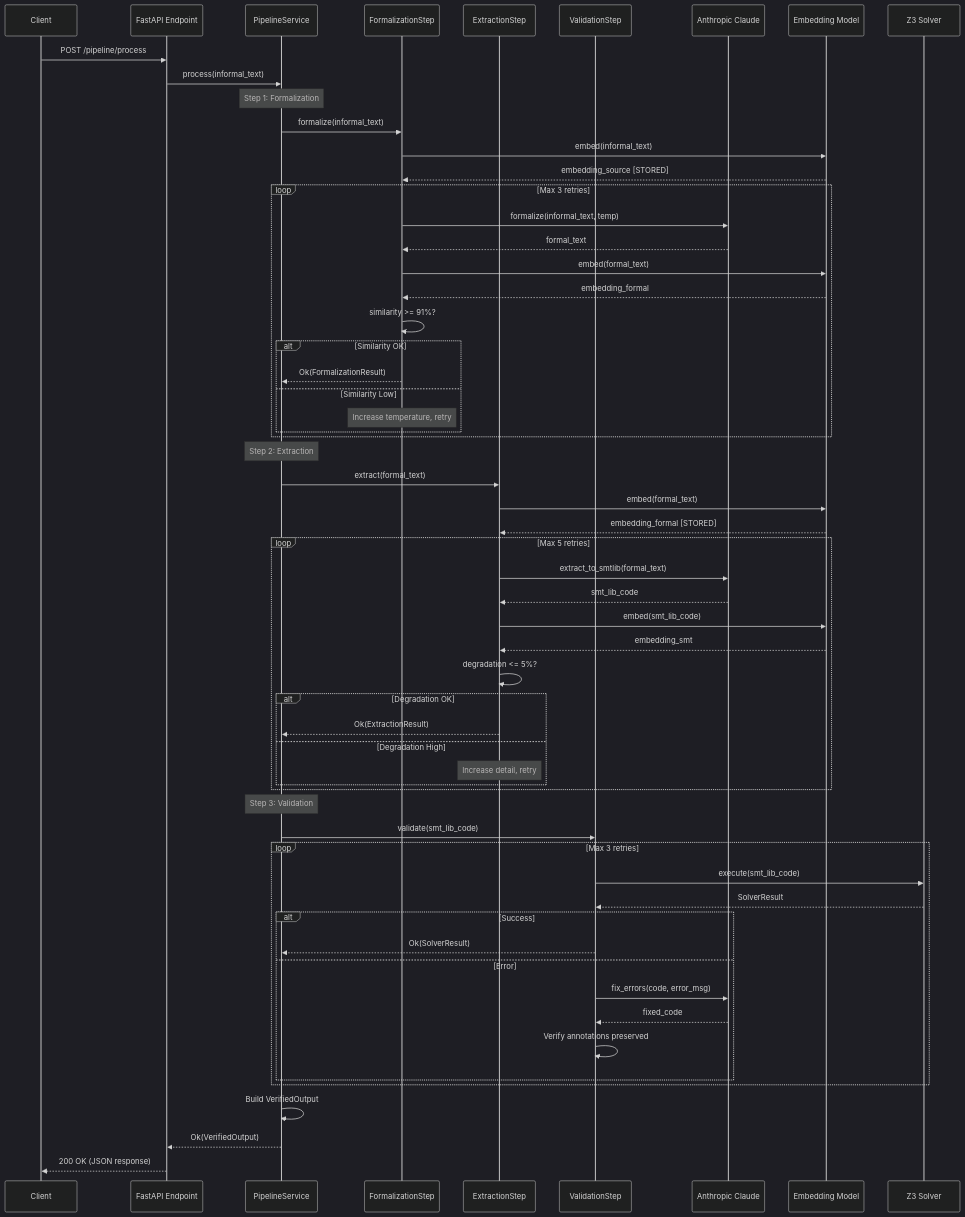
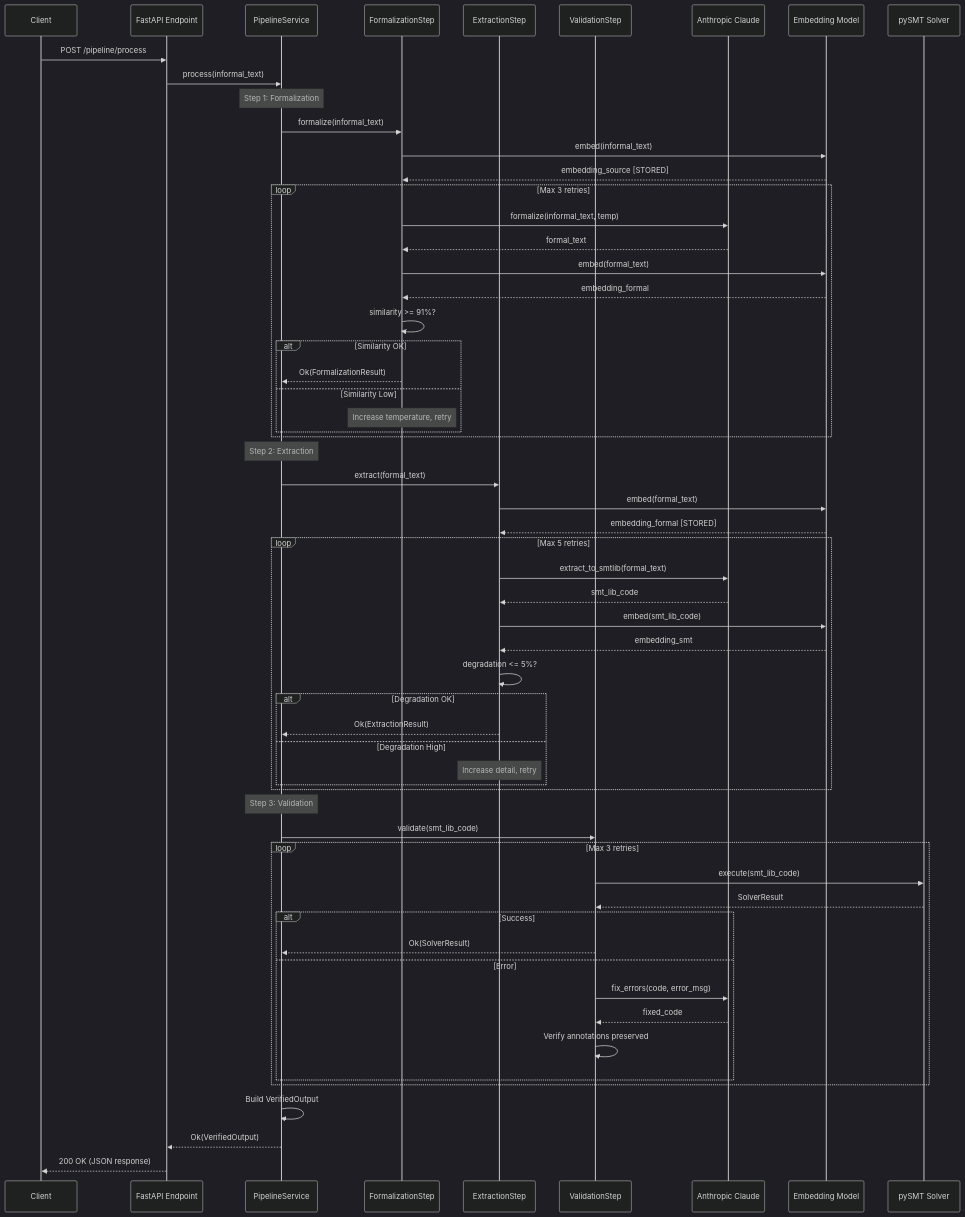
One commit to o2alexanderfedin/verticalslice-smt-service changed the second of 6 diagrams in docs/architecture/ARCHITECTURE.md. Above: the diagram before and after it, drawn with Mermaid (dark theme). The commit also changed other lines of this file, not shown here.

First line of the commit message:
docs: update architecture to use pySMT instead of Z3

````diff
--- a/docs/architecture/ARCHITECTURE.md
+++ b/docs/architecture/ARCHITECTURE.md
@@ -491,70 +495,70 @@
 ```mermaid
 sequenceDiagram
     participant Client
     participant API as FastAPI Endpoint
     participant Service as PipelineService
     participant Step1 as FormalizationStep
     participant Step2 as ExtractionStep
     participant Step3 as ValidationStep
     participant LLM as Anthropic Claude
     participant Embed as Embedding Model
-    participant Solver as Z3 Solver
+    participant Solver as pySMT Solver
 
     Client->>API: POST /pipeline/process
     API->>Service: process(informal_text)
 
     Note over Service: Step 1: Formalization
     Service->>Step1: formalize(informal_text)
     Step1->>Embed: embed(informal_text)
     Embed-->>Step1: embedding_source [STORED]
 
     loop Max 3 retries
         Step1->>LLM: formalize(informal_text, temp)
         LLM-->>Step1: formal_text
         Step1->>Embed: embed(formal_text)
         Embed-->>Step1: embedding_formal
         Step1->>Step1: similarity >= 91%?
         alt Similarity OK
             Step1-->>Service: Ok(FormalizationResult)
         else Similarity Low
             Note over Step1: Increase temperature, retry
         end
     end
 
     Note over Service: Step 2: Extraction
     Service->>Step2: extract(formal_text)
     Step2->>Embed: embed(formal_text)
     Embed-->>Step2: embedding_formal [STORED]
 
     loop Max 5 retries
         Step2->>LLM: extract_to_smtlib(formal_text)
         LLM-->>Step2: smt_lib_code
         Step2->>Embed: embed(smt_lib_code)
         Embed-->>Step2: embedding_smt
         Step2->>Step2: degradation <= 5%?
         alt Degradation OK
             Step2-->>Service: Ok(ExtractionResult)
         else Degradation High
             Note over Step2: Increase detail, retry
         end
     end
 
     Note over Service: Step 3: Validation
     Service->>Step3: validate(smt_lib_code)
 
     loop Max 3 retries
         Step3->>Solver: execute(smt_lib_code)
         Solver-->>Step3: SolverResult
         alt Success
             Step3-->>Service: Ok(SolverResult)
         else Error
             Step3->>LLM: fix_errors(code, error_msg)
             LLM-->>Step3: fixed_code
             Step3->>Step3: Verify annotations preserved
         end
     end
 
     Service->>Service: Build VerifiedOutput
     Service-->>API: Ok(VerifiedOutput)
     API-->>Client: 200 OK (JSON response)
 ```
````
